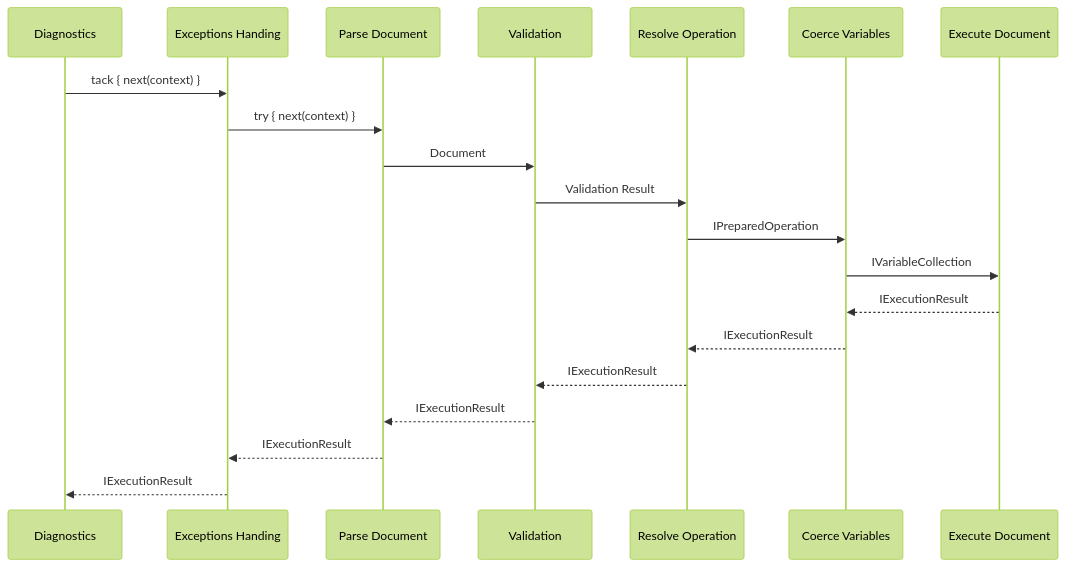
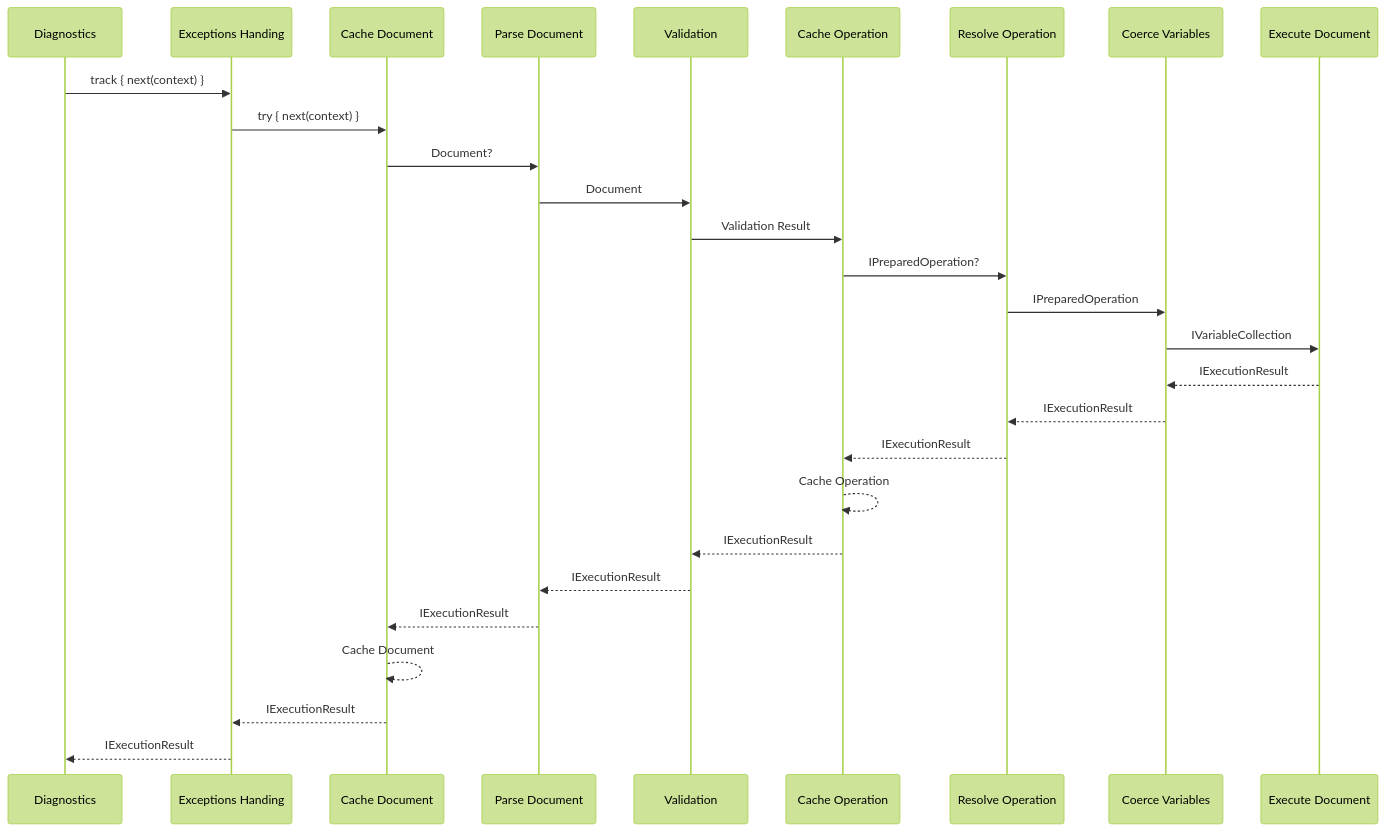
The diagram in src/HotChocolate/Core/src/Execution/Pipelines.md (ChilliCream/graphql-platform), drawn with Mermaid (forest theme) before and after one commit. The commit also changed 11 other files, not shown here.

````diff
--- a/src/HotChocolate/Core/src/Execution/Pipelines.md
+++ b/src/HotChocolate/Core/src/Execution/Pipelines.md
@@ -1,16 +1,22 @@
 ```mermaid
 sequenceDiagram
-    Diagnostics->>Exceptions Handing: tack { next(context) }
-    Exceptions Handing->>Parse Document: try { next(context) }
+    Diagnostics->>Exceptions Handing: track { next(context) }
+    Exceptions Handing->>Cache Document: try { next(context) }
+    Cache Document->>Parse Document: Document?
     Parse Document->>Validation: Document
-    Validation->>Resolve Operation: Validation Result
+    Validation->>Cache Operation: Validation Result
+    Cache Operation->>Resolve Operation: IPreparedOperation?
     Resolve Operation->>Coerce Variables: IPreparedOperation
     Coerce Variables->>Execute Document: IVariableCollection
 
     Execute Document-->>Coerce Variables: IExecutionResult
     Coerce Variables-->>Resolve Operation: IExecutionResult
-    Resolve Operation-->>Validation: IExecutionResult
+    Resolve Operation-->>Cache Operation: IExecutionResult
+    Cache Operation-->>Cache Operation: Cache Operation
+    Cache Operation-->>Validation: IExecutionResult
     Validation-->>Parse Document: IExecutionResult
-    Parse Document-->>Exceptions Handing: IExecutionResult
+    Parse Document-->>Cache Document: IExecutionResult
+    Cache Document-->>Cache Document: Cache Document
+    Cache Document-->>Exceptions Handing: IExecutionResult
     Exceptions Handing-->>Diagnostics: IExecutionResult
 ```
````
